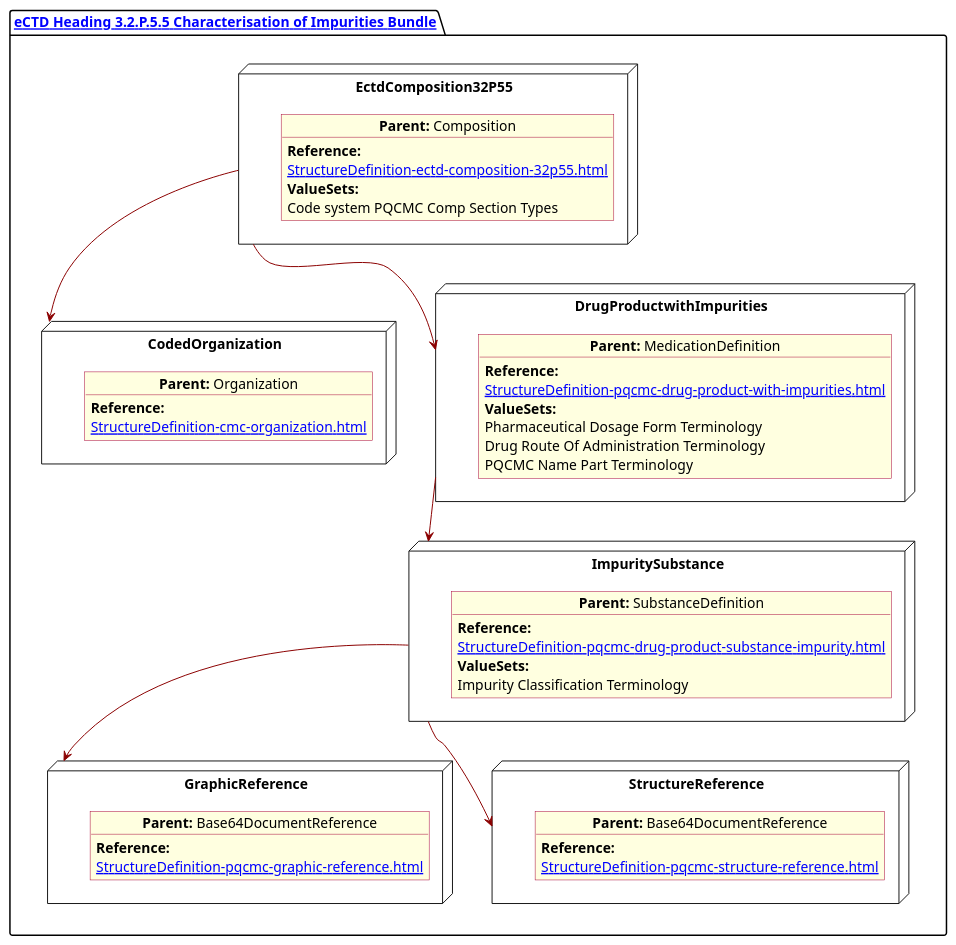
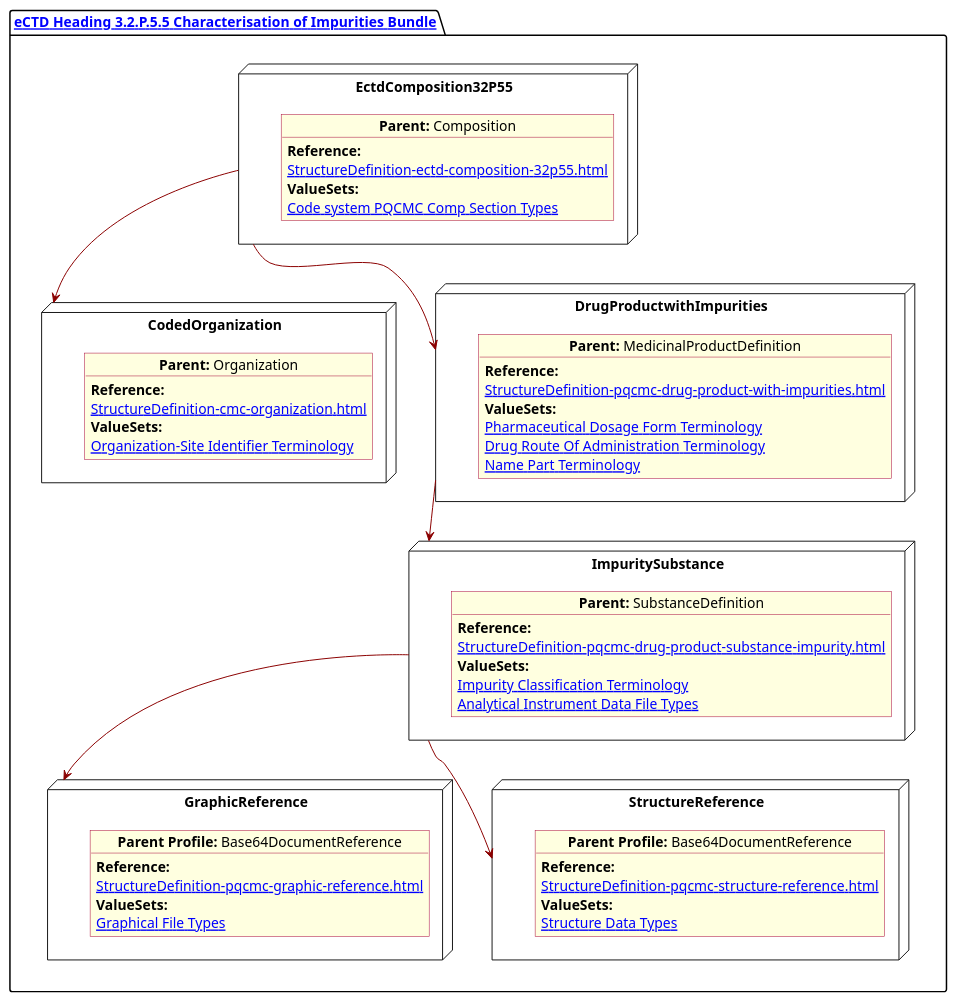
The diagram in input/images-source/CharacImprity.plantuml (HL7/FHIR-us-pq-cmc-fda), drawn with PlantUML before and after one commit. The commit also changed 27 other files, not shown here.

Commit message:
PlantUml updates Misc commnet updates

```diff
--- a/input/images-source/CharacImprity.plantuml
+++ b/input/images-source/CharacImprity.plantuml
@@ -1,75 +1,82 @@
 @startuml CharacImprity
 allowmixing
 'Mixed model of use case and object
 skinparam svgDimensionStyle false
 skinparam ObjectBackgroundColor LightYellow
 skinparam ObjectBorderColor #A80036
 skinparam activityDiamondBorderColor #A80036
 skinparam activityDiamondBackgroundColor lawnGreen
 skinparam ClassBorderThickness 4
 
 package "[[StructureDefinition-cmc-ectd-document-32p55.html eCTD Heading 3.2.P.5.5 Characterisation of Impurities Bundle]]" as NODES {
 
 
   node "EctdComposition32P55" as N1 {
 
     object "**Parent:** Composition" as obj1 {
       **Reference:**
       [[StructureDefinition-ectd-composition-32p55.html]]
       **ValueSets:**
-      Code system PQCMC Comp Section Types
+      [[ValueSet-cmc-comp-section-types-vs.html Code system PQCMC Comp Section Types]]
     }
   }
   node "GraphicReference" as NB64 {
 
-    object "**Parent:** Base64DocumentReference"  as obj64 {
+    object "**Parent Profile:** Base64DocumentReference"  as obj64 {
       **Reference:**
       [[StructureDefinition-pqcmc-graphic-reference.html]]
+      **ValueSets:**
+      [[ValueSet-pqcmc-graphical-file-types.html Graphical File Types]]
     }
   }
   node "StructureReference" as NBstruc {
 
-    object "**Parent:** Base64DocumentReference"  as objb64 {
+    object "**Parent Profile:** Base64DocumentReference"  as objb64 {
       **Reference:**
       [[StructureDefinition-pqcmc-structure-reference.html]]
+       **ValueSets:**
+      [[ValueSet-pqcmc-structure-data-types.html Structure Data Types]] 
     }
   }
 
   node "CodedOrganization" as NSO {
 
     object "**Parent:** Organization" as objAu {
       **Reference:**
       [[StructureDefinition-cmc-organization.html]]
+      **ValueSets:**
+      [[ValueSet-pqcmc-org-identifier-type-terminology.html Organization-Site Identifier Terminology]]
     }
   }
 
   node "DrugProductwithImpurities" as NN {
 
-    object "**Parent:** MedicationDefinition" as obj3 {
+    object "**Parent:** MedicinalProductDefinition" as obj3 {
 
       **Reference:**
       [[StructureDefinition-pqcmc-drug-product-with-impurities.html]]
       **ValueSets:**
-      Pharmaceutical Dosage Form Terminology
-      Drug Route Of Administration Terminology
-      PQCMC Name Part Terminology
+      [[ValueSet-spl-pharmaceutical-dosage-form-terminology.html Pharmaceutical Dosage Form Terminology]]
+      [[ValueSet-spl-drug-route-of-administration-terminology.html Drug Route Of Administration Terminology]]
+      [[ValueSet-pqcmc-name-part-terminology.html Name Part Terminology]]
     }
   }
 
   node "ImpuritySubstance" as N6 {
 
     object "**Parent:** SubstanceDefinition" as obj2 {
       **Reference:**
       [[StructureDefinition-pqcmc-drug-product-substance-impurity.html]]
       **ValueSets:**
-      Impurity Classification Terminology
+      [[ValueSet-pqcmc-impurity-classification-terminology.html Impurity Classification Terminology]]
+      [[ValueSet-pqcmc-analytical-instrument-data-types.html Analytical Instrument Data File Types]]
     }
   }
   N1 -[#darkred]-> NSO
   NN -[#darkred]-> N6
   N1 -[#darkred]-> NN
   N6 -[#darkred]-> NB64
   N6 -[#darkred]-> NBstruc
 
 }
 @enduml
```
